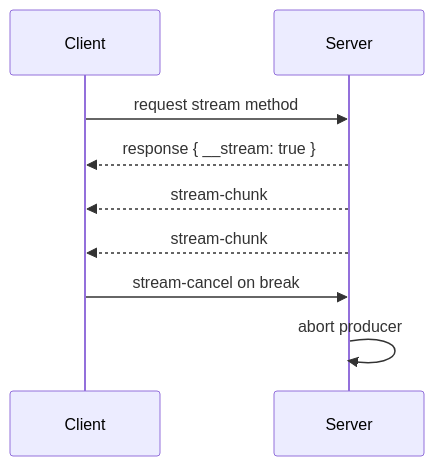
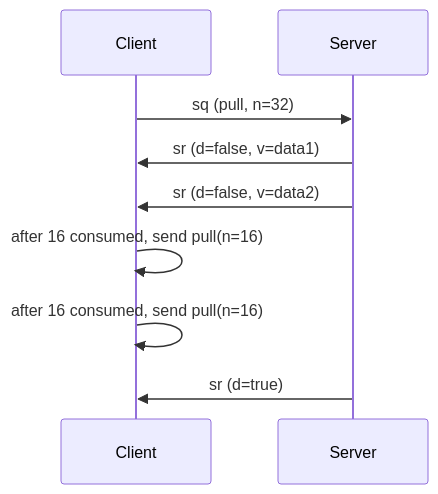
The third of 5 diagrams in .repowiki/en/content/Architecture/Architecture.md (kunkunsh/kkrpc), drawn with Mermaid before and after one commit. The commit also changed other lines of this file and 11 other files, not shown here.

First line of the commit message:
refactor: update transport architecture and documentation

````diff
--- a/.repowiki/en/content/Architecture/Architecture.md
+++ b/.repowiki/en/content/Architecture/Architecture.md
@@ -84,11 +200,11 @@
 ```mermaid
 sequenceDiagram
     participant Client
     participant Server
-    Client->>Server: request stream method
-    Server-->>Client: response { __stream: true }
-    Server-->>Client: stream-chunk
-    Server-->>Client: stream-chunk
-    Client->>Server: stream-cancel on break
-    Server->>Server: abort producer
+    Client->>Server: sq (pull, n=32)
+    Server->>Client: sr (d=false, v=data1)
+    Server->>Client: sr (d=false, v=data2)
+    Client->>Client: after 16 consumed, send pull(n=16)
+    Client->>Client: after 16 consumed, send pull(n=16)
+    Server->>Client: sr (d=true)
 ```
````
